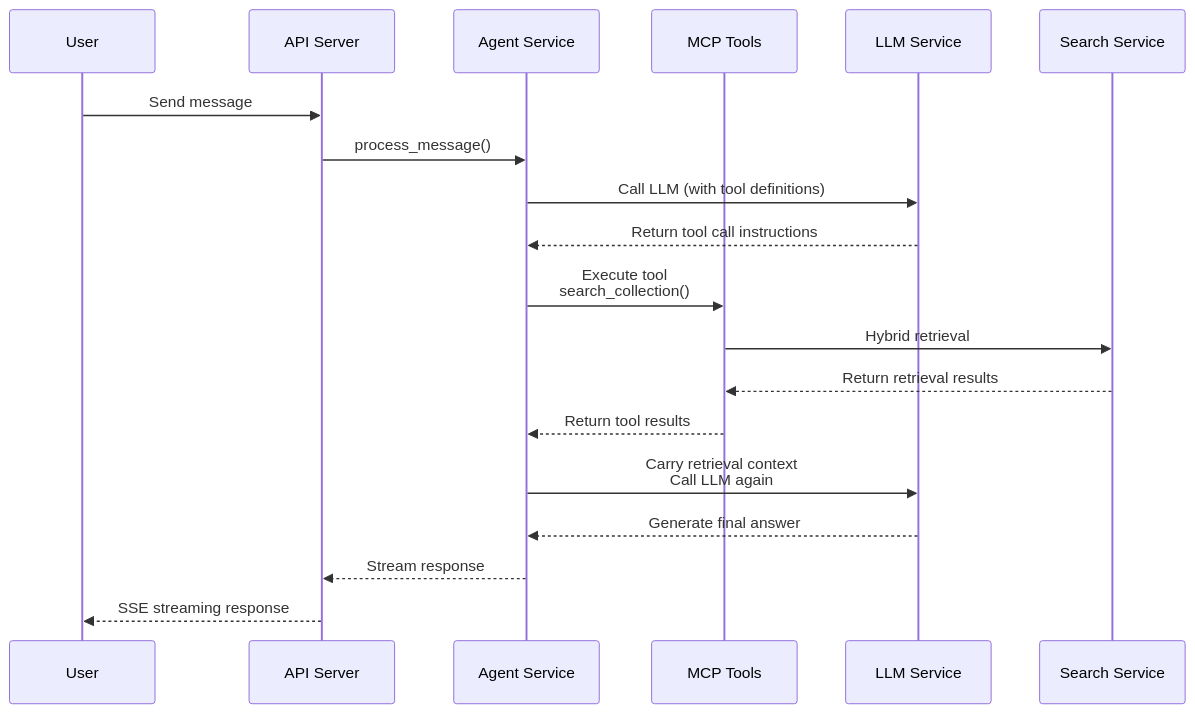
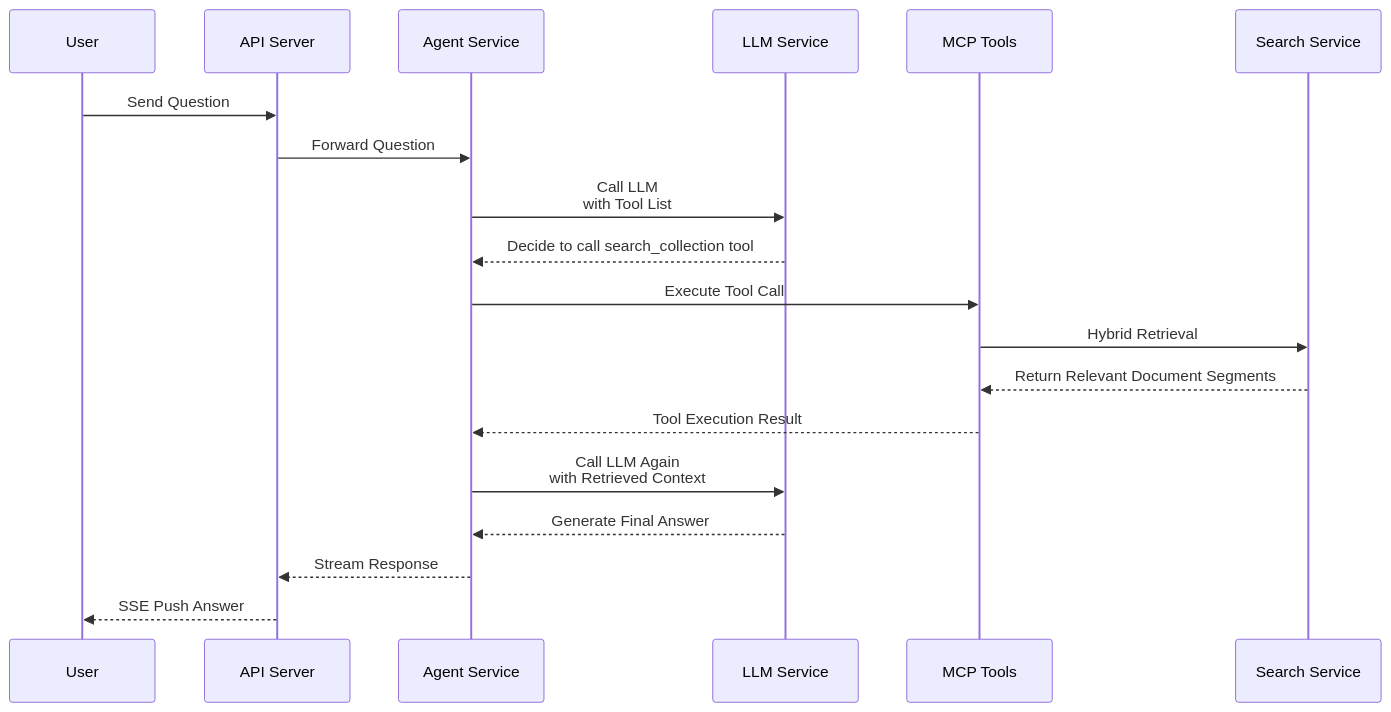
Diagram 11 of 13 in docs/en-US/design/architecture.md (ruah0807/ApeRAG), drawn with Mermaid before and after one commit. The commit also changed other lines of this file and 5 other files, not shown here.

Commit message:
feat: update architecture docs (#1431)

````diff
--- a/docs/en-US/design/architecture.md
+++ b/docs/en-US/design/architecture.md
@@ -480,26 +514,26 @@
 ```mermaid
 sequenceDiagram
-    participant U as User
+    participant User as User
     participant API as API Server
     participant Agent as Agent Service
+    participant LLM as LLM Service
     participant MCP as MCP Tools
-    participant LLM as LLM Service
     participant Search as Search Service
     
-    U->>API: Send message
-    API->>Agent: process_message()
+    User->>API: Send Question
+    API->>Agent: Forward Question
     
-    Agent->>LLM: Call LLM (with tool definitions)
-    LLM-->>Agent: Return tool call instructions
+    Agent->>LLM: Call LLM<br/>with Tool List
+    LLM-->>Agent: Decide to call search_collection tool
     
-    Agent->>MCP: Execute tool<br/>search_collection()
-    MCP->>Search: Hybrid retrieval
-    Search-->>MCP: Return retrieval results
-    MCP-->>Agent: Return tool results
+    Agent->>MCP: Execute Tool Call
+    MCP->>Search: Hybrid Retrieval
+    Search-->>MCP: Return Relevant Document Segments
+    MCP-->>Agent: Tool Execution Result
     
-    Agent->>LLM: Carry retrieval context<br/>Call LLM again
-    LLM-->>Agent: Generate final answer
+    Agent->>LLM: Call LLM Again<br/>with Retrieved Context
+    LLM-->>Agent: Generate Final Answer
     
-    Agent-->>API: Stream response
-    API-->>U: SSE streaming response
+    Agent-->>API: Stream Response
+    API-->>User: SSE Push Answer
 ```
````
